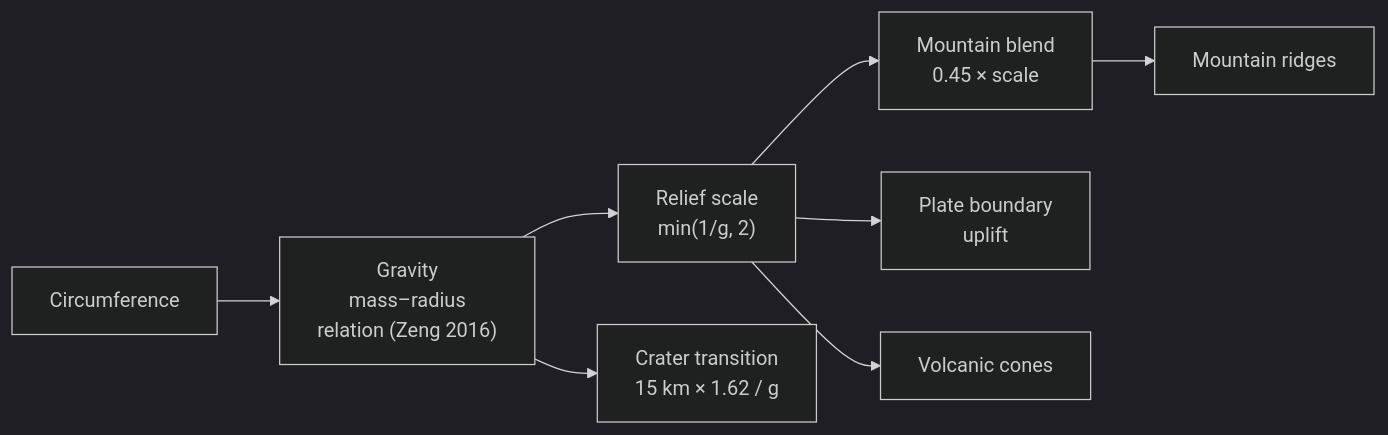
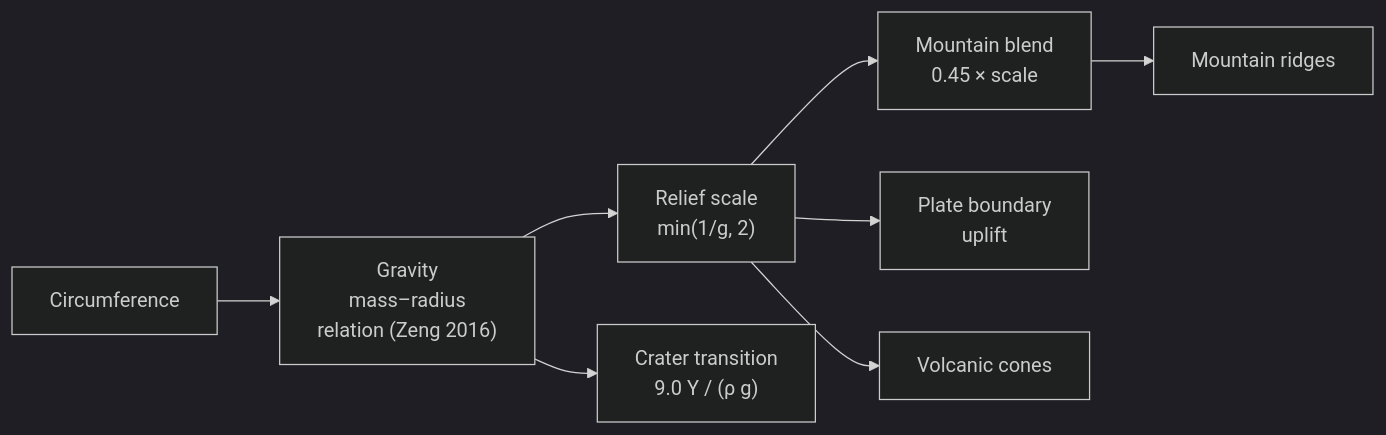
The diagram in docs/science/mountains-and-gravity.md (cyboooooorg/map-generator), drawn with Mermaid (dark theme) before and after one commit. The commit also changed other lines of this file and 7 other files, not shown here.

First line of the commit message:
feat(craters): take the crater transition from the crust's strength

````diff
--- a/docs/science/mountains-and-gravity.md
+++ b/docs/science/mountains-and-gravity.md
@@ -132,10 +132,10 @@
 ```mermaid
 flowchart LR
   C["Circumference"] --> G["Gravity<br/>mass–radius<br/>relation (Zeng 2016)"]
   G --> S["Relief scale<br/>min(1/g, 2)"]
   S --> B["Mountain blend<br/>0.45 × scale"]
   B --> M["Mountain ridges"]
   S --> P["Plate boundary<br/>uplift"]
   S --> V["Volcanic cones"]
-  G --> K["Crater transition<br/>15 km × 1.62 / g"]
+  G --> K["Crater transition<br/>9.0 Y / (ρ g)"]
 ```
````
